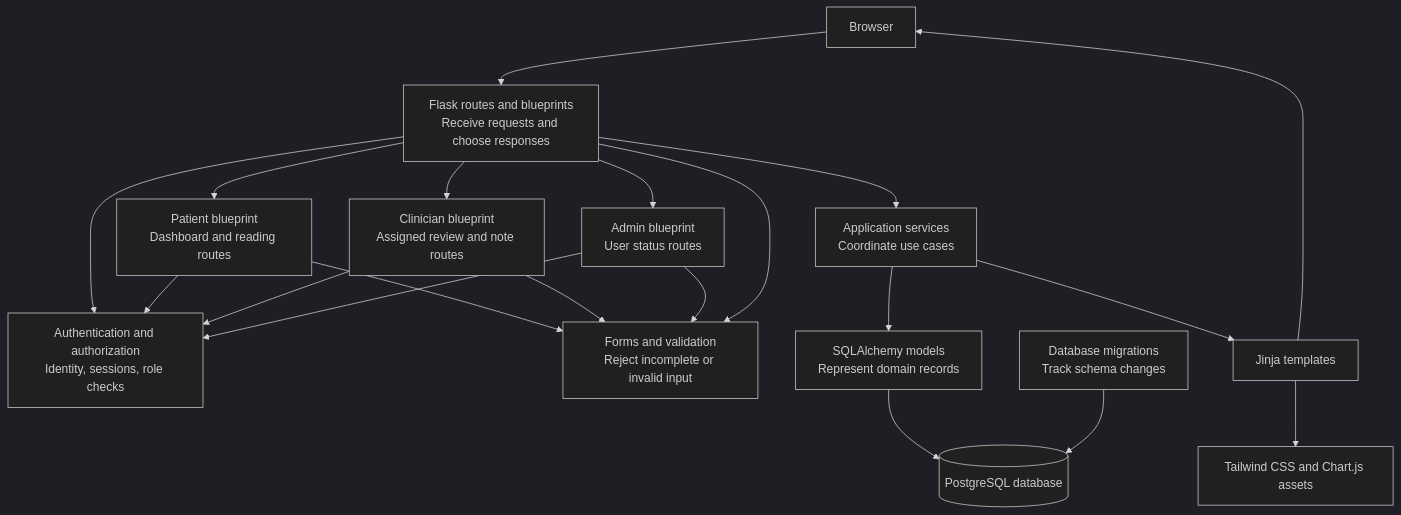
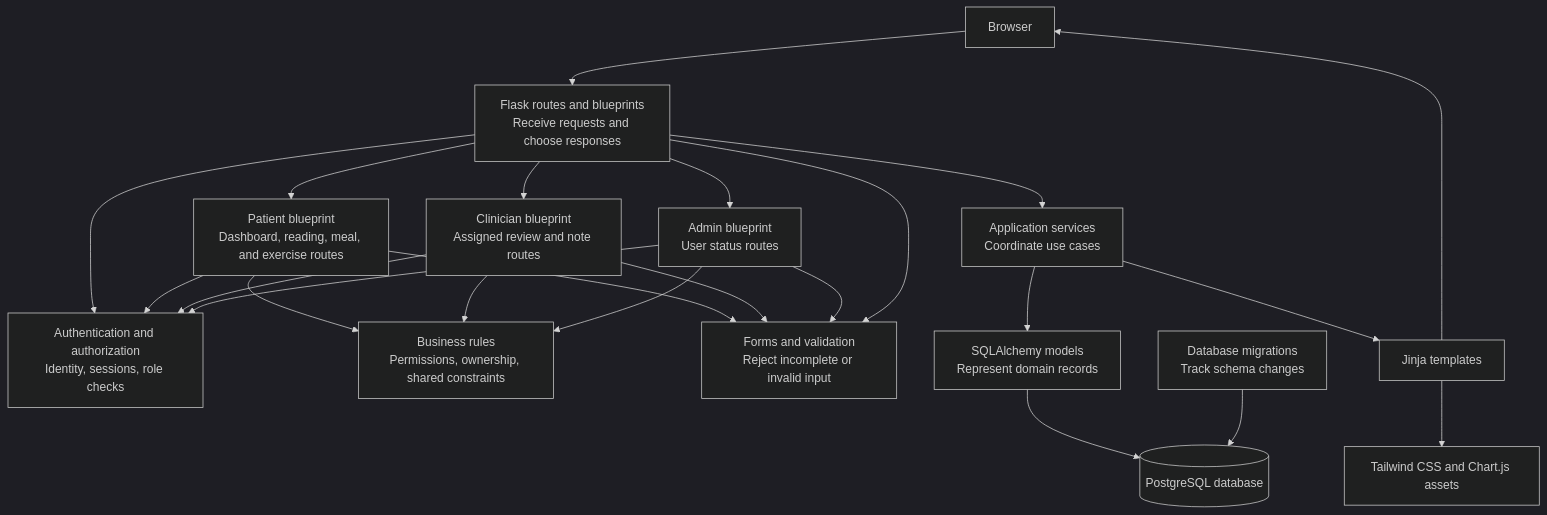
One commit to R-gitonga/AfyaGlyco changed the sixth of 7 diagrams in docs/system-tutorials.md. Above: the diagram before and after it, drawn with Mermaid (dark theme). The commit also changed other lines of this file and 26 other files, not shown here.

````diff
--- a/docs/system-tutorials.md
+++ b/docs/system-tutorials.md
@@ -157,36 +162,40 @@
 ```mermaid
 flowchart TB
     Browser[Browser]
     Routes[Flask routes and blueprints\nReceive requests and choose responses]
-    PatientRoutes[Patient blueprint\nDashboard and reading routes]
+    PatientRoutes[Patient blueprint\nDashboard, reading, meal, and exercise routes]
     ClinicianRoutes[Clinician blueprint\nAssigned review and note routes]
     AdminRoutes[Admin blueprint\nUser status routes]
     Auth[Authentication and authorization\nIdentity, sessions, role checks]
+    Rules[Business rules\nPermissions, ownership, shared constraints]
     Forms[Forms and validation\nReject incomplete or invalid input]
     Services[Application services\nCoordinate use cases]
     Models[SQLAlchemy models\nRepresent domain records]
     Migrations[Database migrations\nTrack schema changes]
     DB[(PostgreSQL database)]
     Templates[Jinja templates]
     Static[Tailwind CSS and Chart.js assets]
 
     Browser --> Routes
     Routes --> PatientRoutes
     Routes --> ClinicianRoutes
     Routes --> AdminRoutes
     Routes --> Auth
     PatientRoutes --> Auth
     ClinicianRoutes --> Auth
     AdminRoutes --> Auth
+    PatientRoutes --> Rules
+    ClinicianRoutes --> Rules
+    AdminRoutes --> Rules
     PatientRoutes --> Forms
     ClinicianRoutes --> Forms
     AdminRoutes --> Forms
     Routes --> Forms
     Routes --> Services
     Services --> Models
     Models --> DB
     Migrations --> DB
     Services --> Templates
     Templates --> Static
     Templates --> Browser
 ```
````
